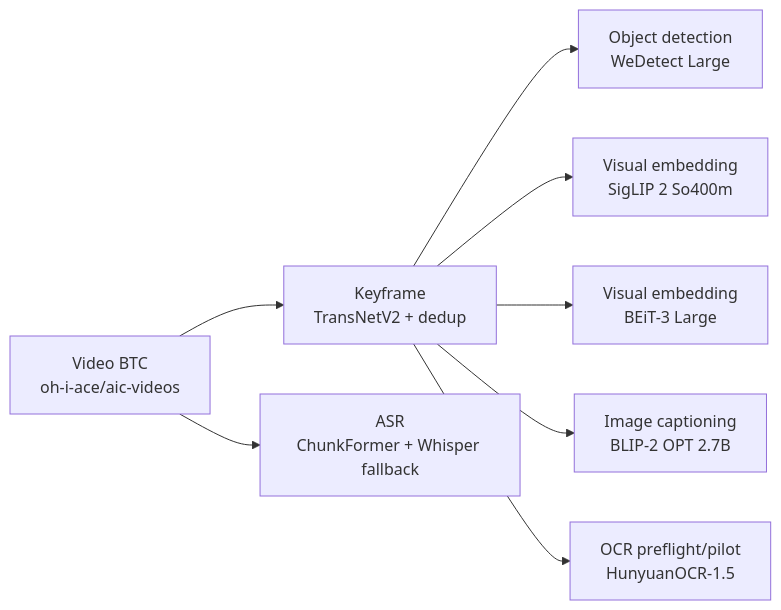
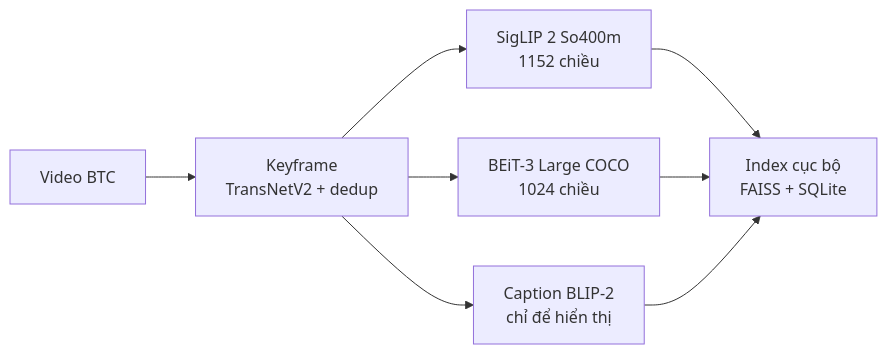
One commit to AIVIETNAM-AIO-LeWann/multimedia-video-rag changed the diagram in README.md. Above: the diagram before and after it, drawn with Mermaid. The commit also changed other lines of this file and 22 other files, not shown here.

````diff
--- a/README.md
+++ b/README.md
@@ -38,19 +13,10 @@
 ```mermaid
 flowchart LR
-    V[Video BTC<br/>oh-i-ace/aic-videos]
-    KF[Keyframe<br/>TransNetV2 + dedup]
-    ASR[ASR<br/>ChunkFormer + Whisper fallback]
-    OD[Object detection<br/>WeDetect Large]
-    S[Visual embedding<br/>SigLIP 2 So400m]
-    B[Visual embedding<br/>BEiT-3 Large]
-    C[Image captioning<br/>BLIP-2 OPT 2.7B]
-    OCR[OCR preflight/pilot<br/>HunyuanOCR-1.5]
-
-    V --> KF
-    V --> ASR
-    KF --> OD
-    KF --> S
-    KF --> B
-    KF --> C
-    KF --> OCR
+    V[Video BTC] --> KF[Keyframe<br/>TransNetV2 + dedup]
+    KF --> S[SigLIP 2 So400m<br/>1152 chiều]
+    KF --> B[BEiT-3 Large COCO<br/>1024 chiều]
+    KF --> C[Caption BLIP-2<br/>chỉ để hiển thị]
+    S --> I[Index cục bộ<br/>FAISS + SQLite]
+    B --> I
+    C --> I
 ```
````
